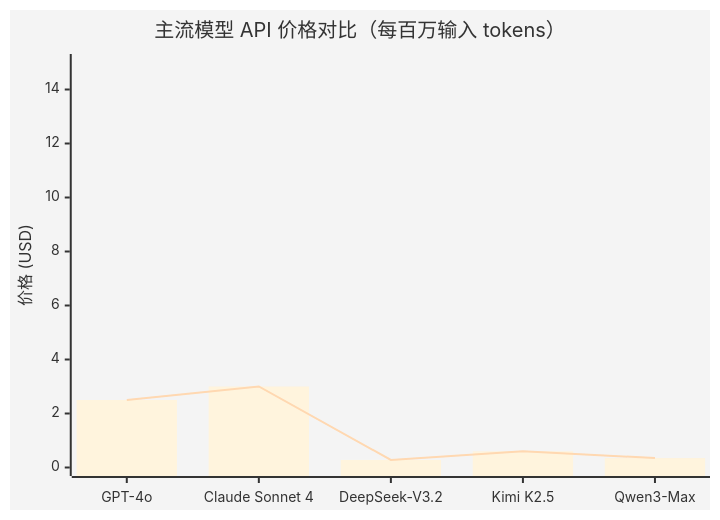
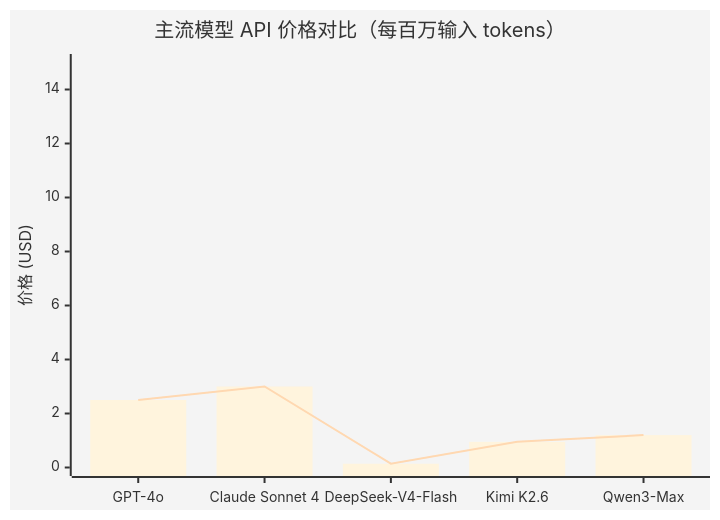
Before and after one commit to tonydeng/harness-engineering-from-oc-to-ai-coding: the second of 2 diagrams in src/03-setup/chinese-providers.md, drawn with Mermaid. The commit also changed other lines of this file and 141 other files, not shown here.

````diff
--- a/src/03-setup/chinese-providers.md
+++ b/src/03-setup/chinese-providers.md
@@ -519,9 +568,9 @@
 ```mermaid
 %%{init: {'theme':'base', 'themeVariables': {'primaryColor':'#4A90D9', 'secondaryColor':'#50C878', 'tertiaryColor':'#FF9F43'}}}%%
 xychart-beta
     title "主流模型 API 价格对比（每百万输入 tokens）"
-    x-axis ["GPT-4o", "Claude Sonnet 4", "DeepSeek-V3.2", "Kimi K2.5", "Qwen3-Max"]
+    x-axis ["GPT-4o", "Claude Sonnet 4", "DeepSeek-V4-Flash", "Kimi K2.6", "Qwen3-Max"]
     y-axis "价格 (USD)" 0 --> 15
-    bar [2.50, 3.00, 0.28, 0.60, 0.35]
-    line [2.50, 3.00, 0.28, 0.60, 0.35]
+    bar [2.50, 3.00, 0.14, 0.95, 1.20]
+    line [2.50, 3.00, 0.14, 0.95, 1.20]
 ```
````
